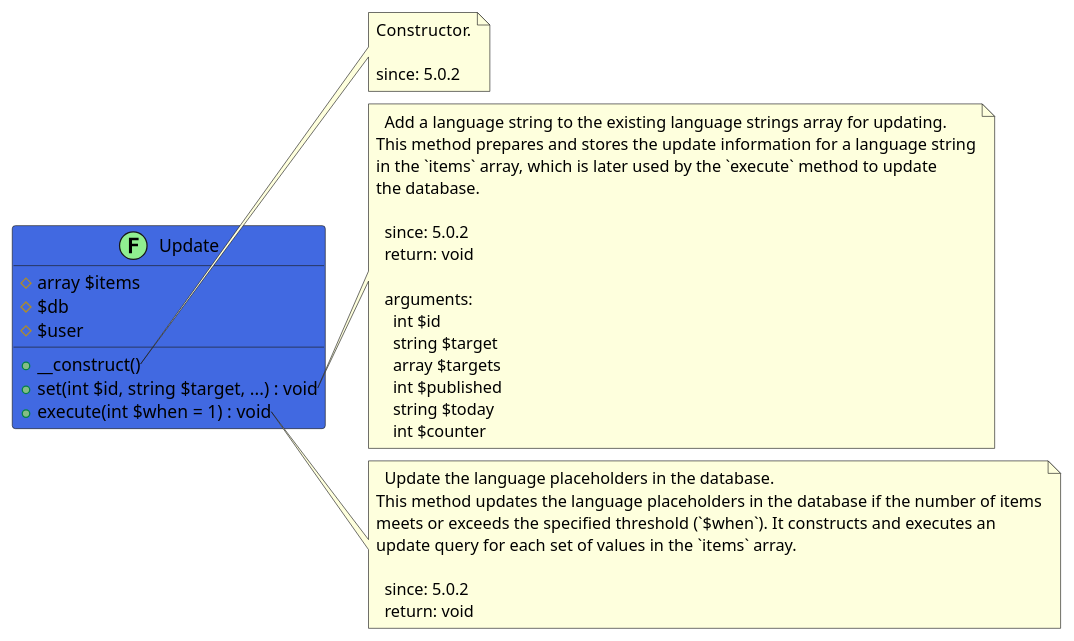
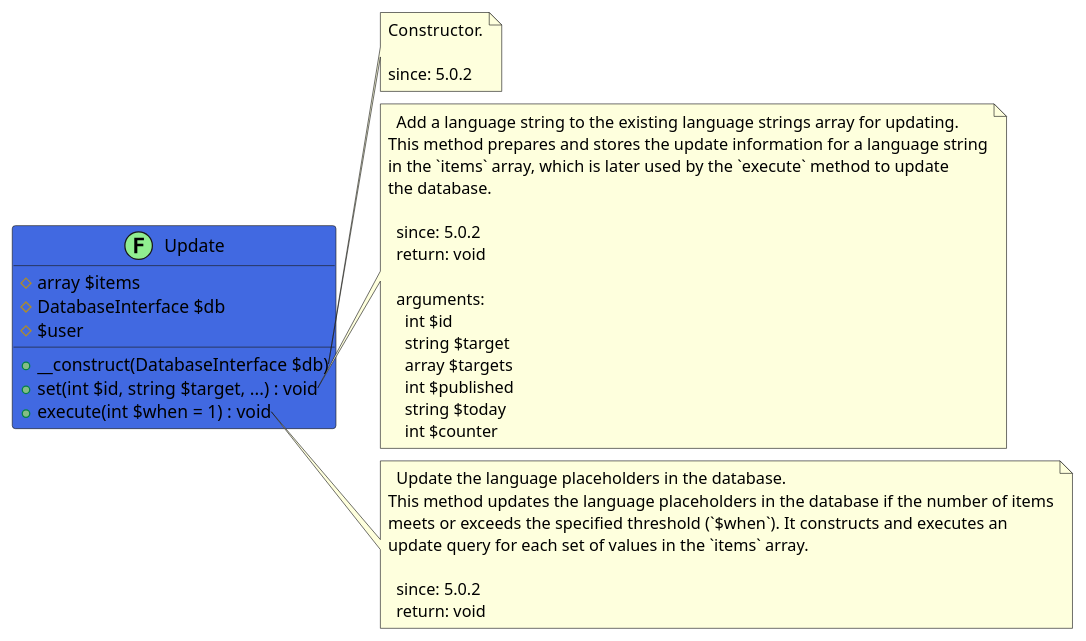
Before and after one commit to joomengine/jcb-compiler: the diagram in src/375543cd-5f2a-4893-982e-a73eaa55360d/README.md, drawn with PlantUML. The commit also changed 440 other files, not shown here.

````diff
--- a/src/375543cd-5f2a-4893-982e-a73eaa55360d/README.md
+++ b/src/375543cd-5f2a-4893-982e-a73eaa55360d/README.md
@@ -5,48 +5,48 @@
 ```uml
 @startuml
 
 class Update << (F,LightGreen) >> #RoyalBlue {
   # array $items
-  # $db
+  # DatabaseInterface $db
   # $user
-  + __construct()
+  + __construct(DatabaseInterface $db)
   + set(int $id, string $target, ...) : void
   + execute(int $when = 1) : void
 }
 
 note right of Update::__construct
   Constructor.
 
   since: 5.0.2
 end note
 
 note right of Update::set
   Add a language string to the existing language strings array for updating.
 This method prepares and stores the update information for a language string
 in the `items` array, which is later used by the `execute` method to update
 the database.
 
   since: 5.0.2
   return: void
   
   arguments:
     int $id
     string $target
     array $targets
     int $published
     string $today
     int $counter
 end note
 
 note right of Update::execute
   Update the language placeholders in the database.
 This method updates the language placeholders in the database if the number of items
 meets or exceeds the specified threshold (`$when`). It constructs and executes an
 update query for each set of values in the `items` array.
 
   since: 5.0.2
   return: void
 end note
 
 @enduml
 ```
````
